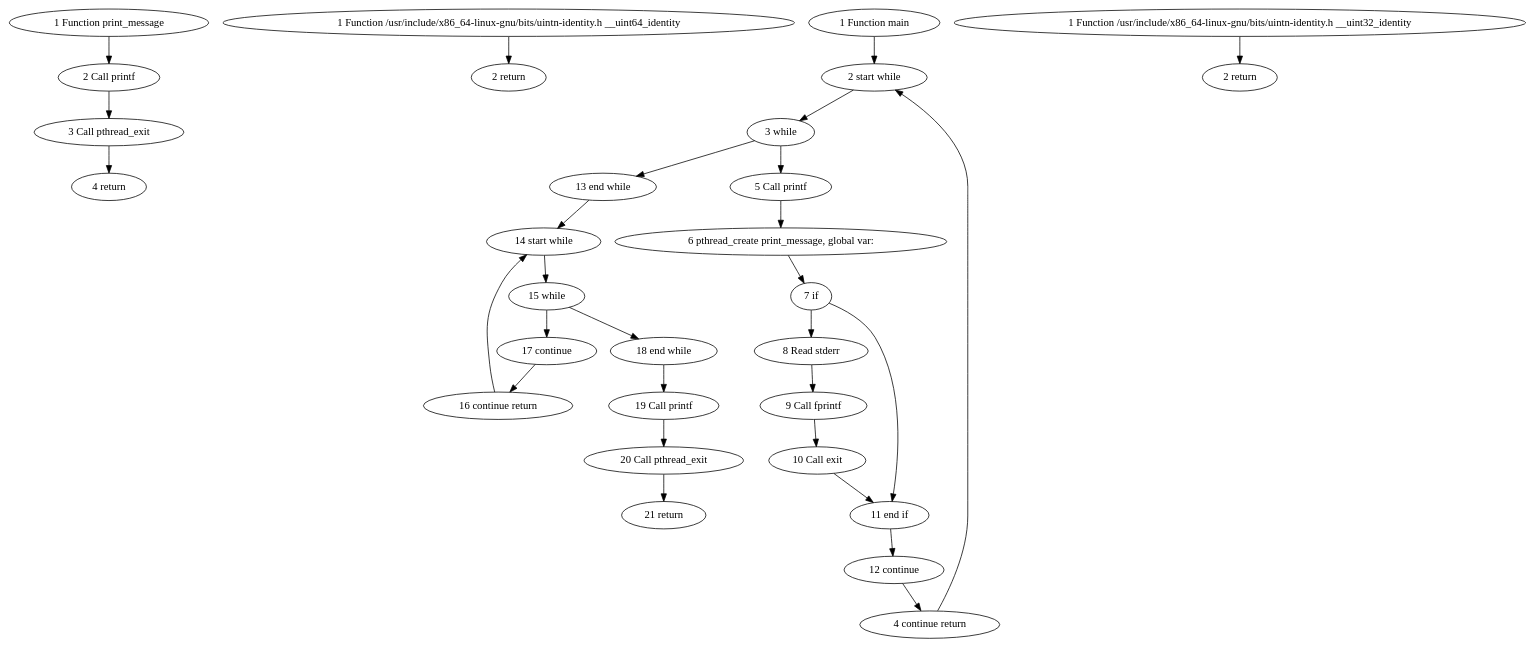
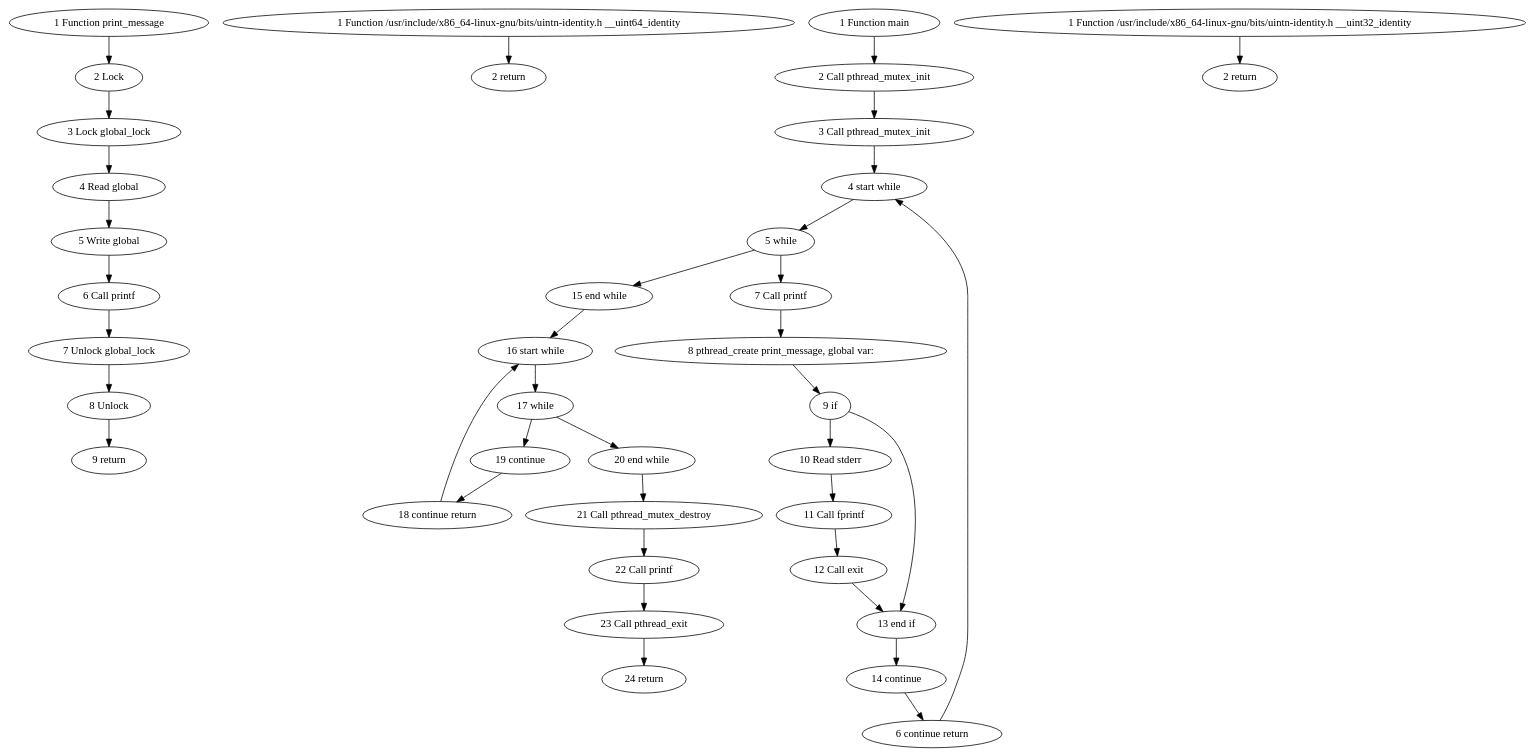
One commit to JudeHill/EraserStatic changed the diagram in build/graph_4.dot. Above: the diagram before and after it, drawn with Graphviz. The commit also changed 18 other files, not shown here.

```diff
--- a/build/graph_4.dot
+++ b/build/graph_4.dot
@@ -1,59 +1,75 @@
 digraph G {
-  gfsgbyokkr [label="1 Function print_message"];
-  wvsgbyokkr [label="2 Call printf"];
-  kbtgbyokkr [label="3 Call pthread_exit"];
-  kjpgbyokkr [label="4 return"];
-  odbcbyokkr [label="1 Function /usr/include/x86_64-linux-gnu/bits/uintn-identity.h __uint64_identity"];
-  iaccbyokkr [label="2 return"];
-  iqsgbyokkr [label="1 Function main"];
-  wjugbyokkr [label="2 start while"];
-  wzugbyokkr [label="3 while"];
-  ctugbyokkr [label="5 Call printf"];
-  shyvayokkr [label="6 pthread_create print_message, global var: "];
-  kzxgbyokkr [label="7 if"];
-  onygbyokkr [label="8 Read stderr"];
-  ieygbyokkr [label="9 Call fprintf"];
-  qqygbyokkr [label="10 Call exit"];
-  ghvgbyokkr [label="11 end if"];
-  gnsgbyokkr [label="12 continue"];
-  astgbyokkr [label="4 continue return"];
-  wzygbyokkr [label="13 end while"];
-  myxbbyokkr [label="14 start while"];
-  wfybbyokkr [label="15 while"];
-  ucybbyokkr [label="17 continue"];
-  yaybbyokkr [label="16 continue return"];
-  ukybbyokkr [label="18 end while"];
-  euxbbyokkr [label="19 Call printf"];
-  sbzgbyokkr [label="20 Call pthread_exit"];
-  wnybbyokkr [label="21 return"];
-  wriwayokkr [label="1 Function /usr/include/x86_64-linux-gnu/bits/uintn-identity.h __uint32_identity"];
-  kftbbyokkr [label="2 return"];
-  gfsgbyokkr -> wvsgbyokkr;
-  wvsgbyokkr -> kbtgbyokkr;
-  kbtgbyokkr -> kjpgbyokkr;
-  odbcbyokkr -> iaccbyokkr;
-  iqsgbyokkr -> wjugbyokkr;
-  wjugbyokkr -> wzugbyokkr;
-  wzugbyokkr -> ctugbyokkr;
-  wzugbyokkr -> wzygbyokkr;
-  ctugbyokkr -> shyvayokkr;
-  shyvayokkr -> kzxgbyokkr;
-  kzxgbyokkr -> onygbyokkr;
-  kzxgbyokkr -> ghvgbyokkr;
-  onygbyokkr -> ieygbyokkr;
-  ieygbyokkr -> qqygbyokkr;
-  qqygbyokkr -> ghvgbyokkr;
-  ghvgbyokkr -> gnsgbyokkr;
-  gnsgbyokkr -> astgbyokkr;
-  astgbyokkr -> wjugbyokkr;
-  wzygbyokkr -> myxbbyokkr;
-  myxbbyokkr -> wfybbyokkr;
-  wfybbyokkr -> ucybbyokkr;
-  wfybbyokkr -> ukybbyokkr;
-  ucybbyokkr -> yaybbyokkr;
-  yaybbyokkr -> myxbbyokkr;
-  ukybbyokkr -> euxbbyokkr;
-  euxbbyokkr -> sbzgbyokkr;
-  sbzgbyokkr -> wnybbyokkr;
-  wriwayokkr -> kftbbyokkr;
+  aiacqcbtir [label="1 Function print_message"];
+  wracqcbtir [label="2 Lock "];
+  ewacqcbtir [label="3 Lock global_lock"];
+  ghbcqcbtir [label="4 Read global"];
+  eebcqcbtir [label="5 Write global"];
+  olbcqcbtir [label="6 Call printf"];
+  isbcqcbtir [label="7 Unlock global_lock"];
+  iaccqcbtir [label="8 Unlock "];
+  kxwbqcbtir [label="9 return"];
+  orixpcbtir [label="1 Function /usr/include/x86_64-linux-gnu/bits/uintn-identity.h __uint64_identity"];
+  iojxpcbtir [label="2 return"];
+  imacqcbtir [label="1 Function main"];
+  knfcqcbtir [label="2 Call pthread_mutex_init"];
+  qwfcqcbtir [label="3 Call pthread_mutex_init"];
+  wzecqcbtir [label="4 start while"];
+  ukgcqcbtir [label="5 while"];
+  gfgcqcbtir [label="7 Call printf"];
+  kjvrpcbtir [label="8 pthread_create print_message, global var: "];
+  qgjcqcbtir [label="9 if"];
+  gxjcqcbtir [label="10 Read stderr"];
+  aojcqcbtir [label="11 Call fprintf"];
+  iakcqcbtir [label="12 Call exit"];
+  yqgcqcbtir [label="13 end if"];
+  qmccqcbtir [label="14 continue"];
+  kdgcqcbtir [label="6 continue return"];
+  mokcqcbtir [label="15 end while"];
+  opfxpcbtir [label="16 start while"];
+  ywfxpcbtir [label="17 while"];
+  wtfxpcbtir [label="19 continue"];
+  asfxpcbtir [label="18 continue return"];
+  wbgxpcbtir [label="20 end while"];
+  glfxpcbtir [label="21 Call pthread_mutex_destroy"];
+  gdlcqcbtir [label="22 Call printf"];
+  aklcqcbtir [label="23 Call pthread_exit"];
+  iglcqcbtir [label="24 return"];
+  gfurpcbtir [label="1 Function /usr/include/x86_64-linux-gnu/bits/uintn-identity.h __uint32_identity"];
+  ktaxpcbtir [label="2 return"];
+  aiacqcbtir -> wracqcbtir;
+  wracqcbtir -> ewacqcbtir;
+  ewacqcbtir -> ghbcqcbtir;
+  ghbcqcbtir -> eebcqcbtir;
+  eebcqcbtir -> olbcqcbtir;
+  olbcqcbtir -> isbcqcbtir;
+  isbcqcbtir -> iaccqcbtir;
+  iaccqcbtir -> kxwbqcbtir;
+  orixpcbtir -> iojxpcbtir;
+  imacqcbtir -> knfcqcbtir;
+  knfcqcbtir -> qwfcqcbtir;
+  qwfcqcbtir -> wzecqcbtir;
+  wzecqcbtir -> ukgcqcbtir;
+  ukgcqcbtir -> gfgcqcbtir;
+  ukgcqcbtir -> mokcqcbtir;
+  gfgcqcbtir -> kjvrpcbtir;
+  kjvrpcbtir -> qgjcqcbtir;
+  qgjcqcbtir -> gxjcqcbtir;
+  qgjcqcbtir -> yqgcqcbtir;
+  gxjcqcbtir -> aojcqcbtir;
+  aojcqcbtir -> iakcqcbtir;
+  iakcqcbtir -> yqgcqcbtir;
+  yqgcqcbtir -> qmccqcbtir;
+  qmccqcbtir -> kdgcqcbtir;
+  kdgcqcbtir -> wzecqcbtir;
+  mokcqcbtir -> opfxpcbtir;
+  opfxpcbtir -> ywfxpcbtir;
+  ywfxpcbtir -> wtfxpcbtir;
+  ywfxpcbtir -> wbgxpcbtir;
+  wtfxpcbtir -> asfxpcbtir;
+  asfxpcbtir -> opfxpcbtir;
+  wbgxpcbtir -> glfxpcbtir;
+  glfxpcbtir -> gdlcqcbtir;
+  gdlcqcbtir -> aklcqcbtir;
+  aklcqcbtir -> iglcqcbtir;
+  gfurpcbtir -> ktaxpcbtir;
 }
```
